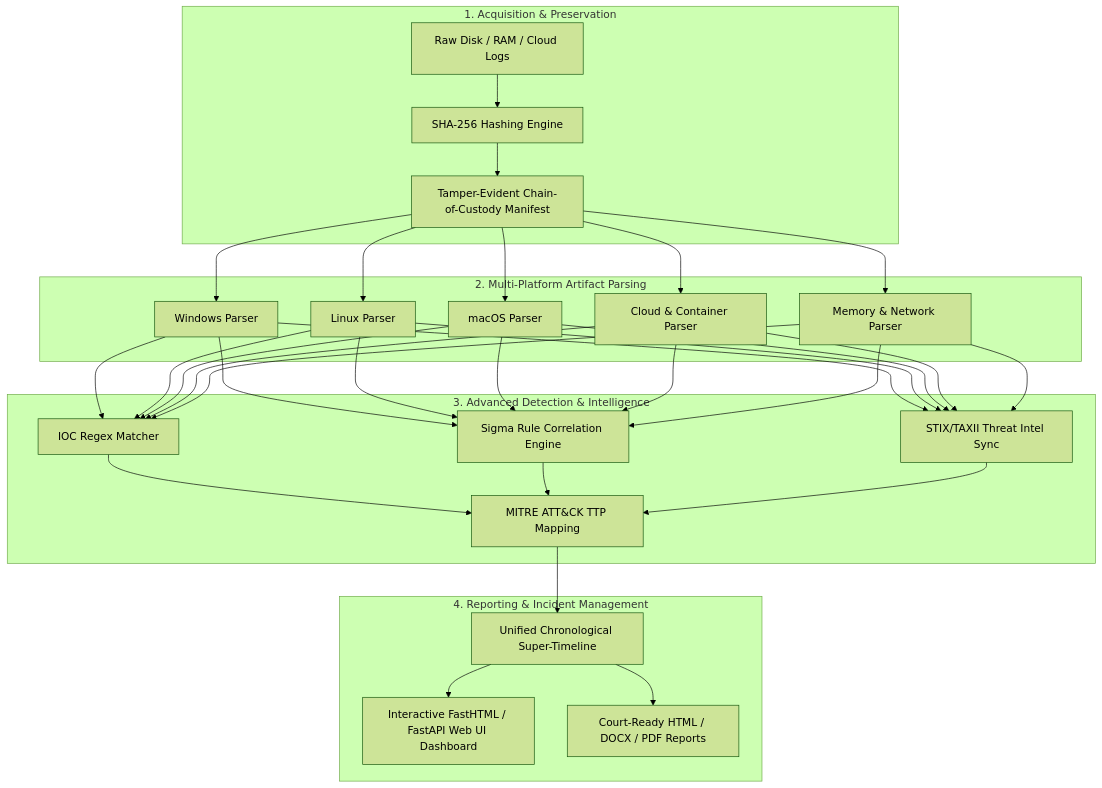
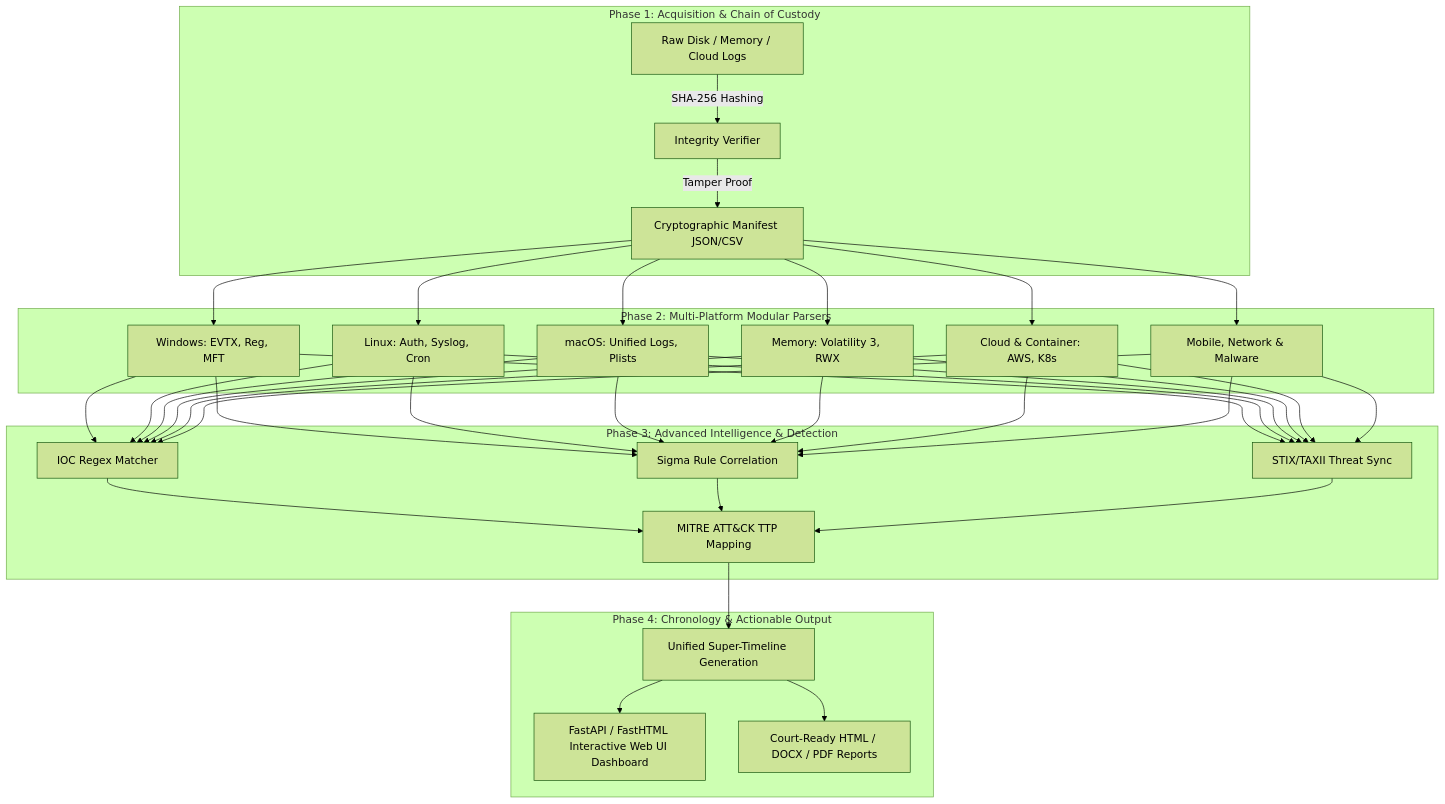
The diagram in README.md (abhiiibabariya-dev/AllinOneForensics), drawn with Mermaid (forest theme) before and after one commit. The commit also changed other lines of this file, not shown here.

Commit message:
Make GitHub main page README.md extremely advanced with graphics, tools guide, and purpose breakdown

````diff
--- a/README.md
+++ b/README.md
@@ -39,28 +25,29 @@
 ```mermaid
 graph TD
-    subgraph 1. Acquisition & Preservation
-        A1[Raw Disk / RAM / Cloud Logs] --> A2[SHA-256 Hashing Engine]
-        A2 --> A3[Tamper-Evident Chain-of-Custody Manifest]
+    subgraph PHASE_1 [Phase 1: Acquisition & Chain of Custody]
+        E1[Raw Disk / Memory / Cloud Logs] -->|SHA-256 Hashing| E2[Integrity Verifier]
+        E2 -->|Tamper Proof| E3[Cryptographic Manifest JSON/CSV]
     end
 
-    subgraph 2. Multi-Platform Artifact Parsing
-        A3 --> B1[Windows Parser]
-        A3 --> B2[Linux Parser]
-        A3 --> B3[macOS Parser]
-        A3 --> B4[Cloud & Container Parser]
-        A3 --> B5[Memory & Network Parser]
+    subgraph PHASE_2 [Phase 2: Multi-Platform Modular Parsers]
+        E3 --> P1[Windows: EVTX, Reg, MFT]
+        E3 --> P2[Linux: Auth, Syslog, Cron]
+        E3 --> P3[macOS: Unified Logs, Plists]
+        E3 --> P4[Memory: Volatility 3, RWX]
+        E3 --> P5[Cloud & Container: AWS, K8s]
+        E3 --> P6[Mobile, Network & Malware]
     end
 
-    subgraph 3. Advanced Detection & Intelligence
-        B1 & B2 & B3 & B4 & B5 --> C1[IOC Regex Matcher]
-        B1 & B2 & B3 & B4 & B5 --> C2[Sigma Rule Correlation Engine]
-        B1 & B2 & B3 & B4 & B5 --> C3[STIX/TAXII Threat Intel Sync]
-        C1 & C2 & C3 --> C4[MITRE ATT&CK TTP Mapping]
+    subgraph PHASE_3 [Phase 3: Advanced Intelligence & Detection]
+        P1 & P2 & P3 & P4 & P5 & P6 --> D1[IOC Regex Matcher]
+        P1 & P2 & P3 & P4 & P5 & P6 --> D2[Sigma Rule Correlation]
+        P1 & P2 & P3 & P4 & P5 & P6 --> D3[STIX/TAXII Threat Sync]
+        D1 & D2 & D3 --> D4[MITRE ATT&CK TTP Mapping]
     end
 
-    subgraph 4. Reporting & Incident Management
-        C4 --> D1[Unified Chronological Super-Timeline]
-        D1 --> D2[Interactive FastHTML / FastAPI Web UI Dashboard]
-        D1 --> D3[Court-Ready HTML / DOCX / PDF Reports]
+    subgraph PHASE_4 [Phase 4: Chronology & Actionable Output]
+        D4 --> R1[Unified Super-Timeline Generation]
+        R1 --> R2[FastAPI / FastHTML Interactive Web UI Dashboard]
+        R1 --> R3[Court-Ready HTML / DOCX / PDF Reports]
     end
 ```
````
